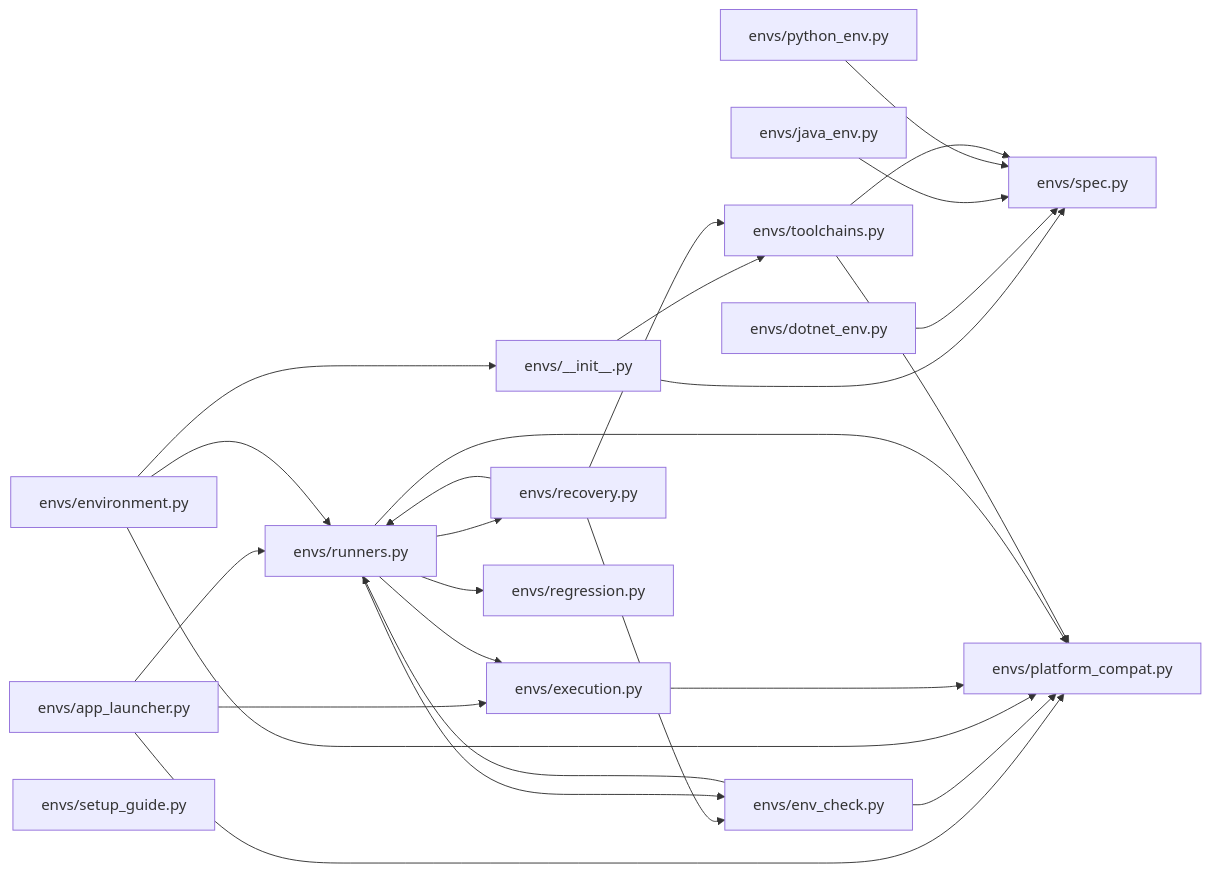
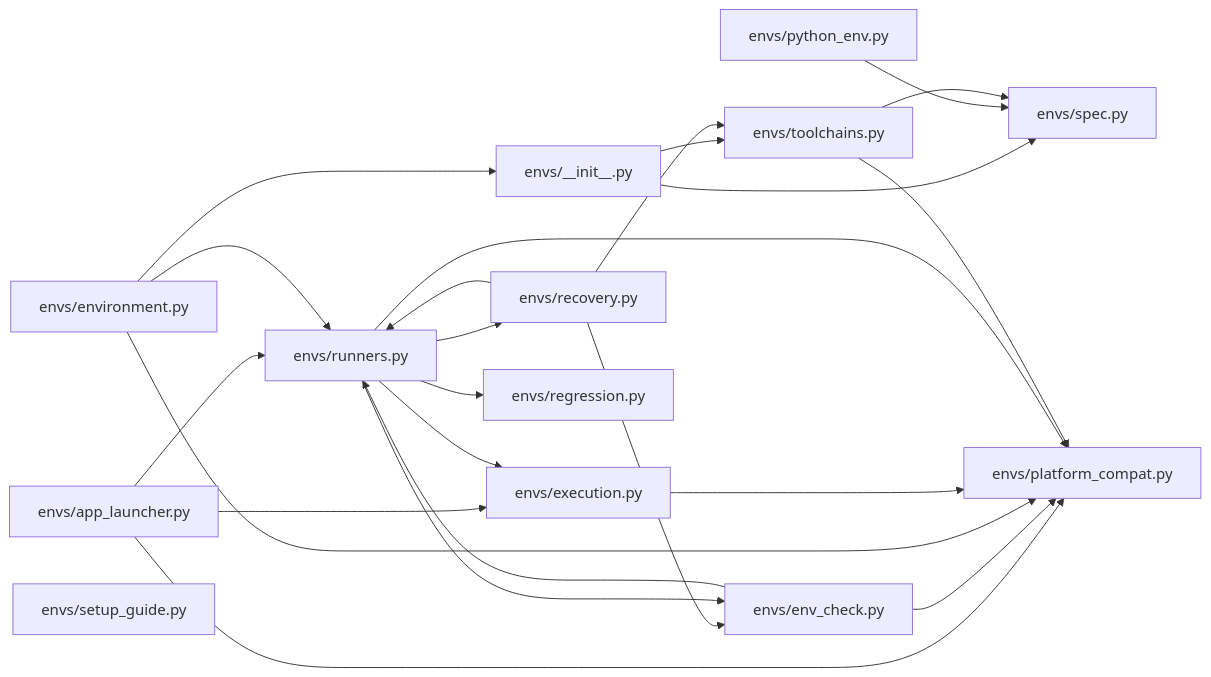
The fifth of 21 diagrams in docs/ARCHITECTURE_MAP.md (sarveshtalele/maf-harness-testing), drawn with Mermaid before and after one commit. The commit also changed other lines of this file and 6 other files, not shown here.

First line of the commit message:
chore: remove unused envs/java_env.py and envs/dotnet_env.py

````diff
--- a/docs/ARCHITECTURE_MAP.md
+++ b/docs/ARCHITECTURE_MAP.md
@@ -205,42 +205,38 @@
 ```mermaid
 flowchart LR
   f0["envs/__init__.py"]
   f1["envs/app_launcher.py"]
-  f2["envs/dotnet_env.py"]
-  f3["envs/env_check.py"]
-  f4["envs/environment.py"]
-  f5["envs/execution.py"]
-  f6["envs/java_env.py"]
-  f7["envs/platform_compat.py"]
-  f8["envs/python_env.py"]
-  f9["envs/recovery.py"]
-  f10["envs/regression.py"]
-  f11["envs/runners.py"]
-  f12["envs/setup_guide.py"]
-  f13["envs/spec.py"]
-  f14["envs/toolchains.py"]
-  f0 --> f13
-  f0 --> f14
+  f2["envs/env_check.py"]
+  f3["envs/environment.py"]
+  f4["envs/execution.py"]
+  f5["envs/platform_compat.py"]
+  f6["envs/python_env.py"]
+  f7["envs/recovery.py"]
+  f8["envs/regression.py"]
+  f9["envs/runners.py"]
+  f10["envs/setup_guide.py"]
+  f11["envs/spec.py"]
+  f12["envs/toolchains.py"]
+  f0 --> f11
+  f0 --> f12
+  f1 --> f4
   f1 --> f5
-  f1 --> f7
-  f1 --> f11
-  f2 --> f13
-  f3 --> f7
-  f3 --> f11
-  f4 --> f0
-  f4 --> f7
-  f4 --> f11
-  f5 --> f7
-  f6 --> f13
-  f8 --> f13
-  f9 --> f3
-  f9 --> f11
-  f9 --> f14
-  f11 --> f3
-  f11 --> f5
-  f11 --> f7
-  f11 --> f9
-  f11 --> f10
-  f14 --> f7
-  f14 --> f13
+  f1 --> f9
+  f2 --> f5
+  f2 --> f9
+  f3 --> f0
+  f3 --> f5
+  f3 --> f9
+  f4 --> f5
+  f6 --> f11
+  f7 --> f2
+  f7 --> f9
+  f7 --> f12
+  f9 --> f2
+  f9 --> f4
+  f9 --> f5
+  f9 --> f7
+  f9 --> f8
+  f12 --> f5
+  f12 --> f11
 ```
````
